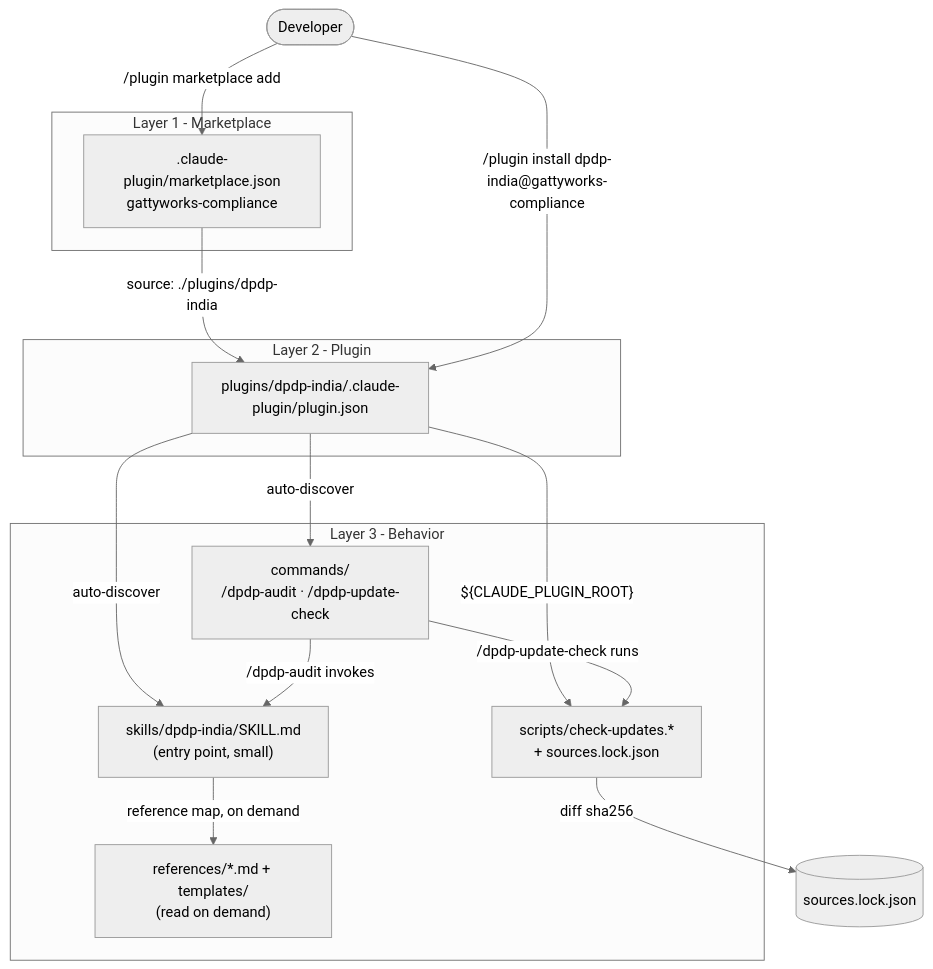
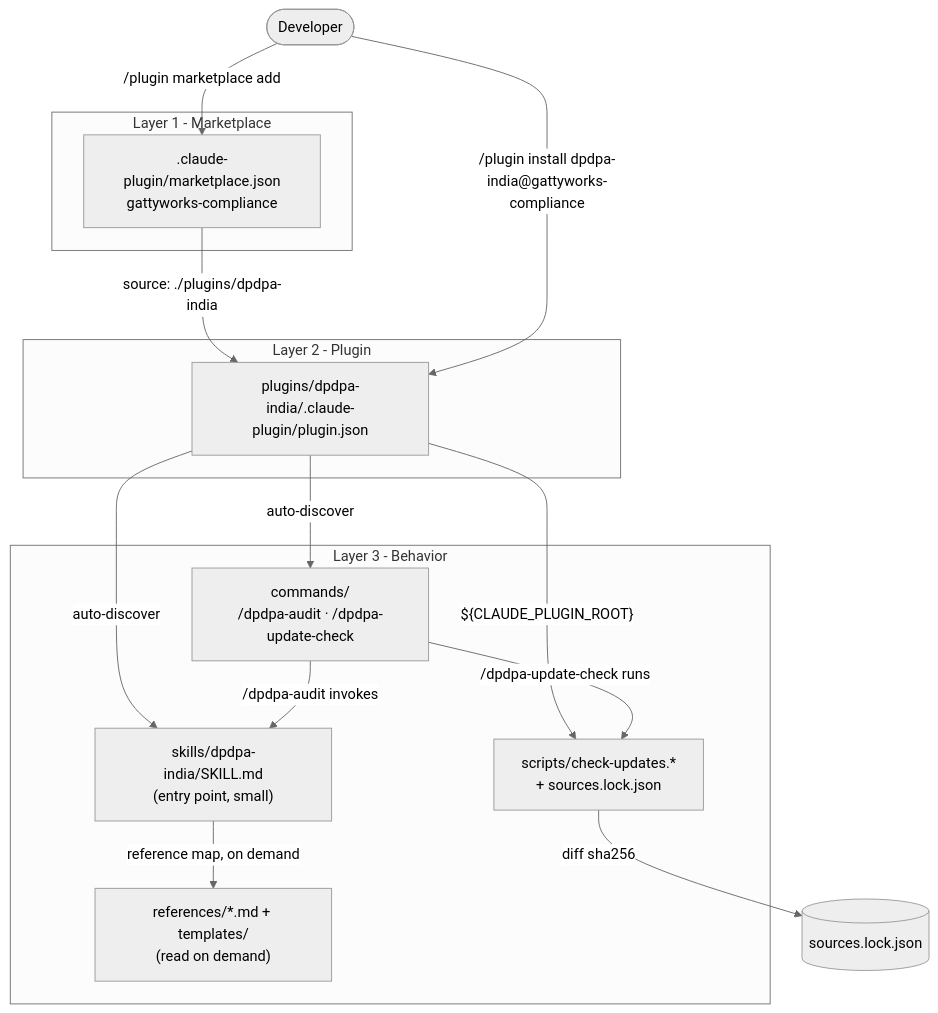
One commit to gattyworks/india-dpdpa-skill changed the diagram in docs/architecture.md. Above: the diagram before and after it, drawn with Mermaid (neutral theme). The commit also changed other lines of this file and 55 other files, not shown here.

First line of the commit message:
feat: rebrand to DPDPA, rename to india-dpdpa-skill, add audit report contract

````diff
--- a/docs/architecture.md
+++ b/docs/architecture.md
@@ -125,27 +125,27 @@
 ```mermaid
 flowchart TD
     subgraph L1["Layer 1 - Marketplace"]
         MP[".claude-plugin/marketplace.json<br/>gattyworks-compliance"]
     end
     subgraph L2["Layer 2 - Plugin"]
-        PJ["plugins/dpdp-india/.claude-plugin/plugin.json"]
+        PJ["plugins/dpdpa-india/.claude-plugin/plugin.json"]
     end
     subgraph L3["Layer 3 - Behavior"]
-        CMD["commands/<br/>/dpdp-audit · /dpdp-update-check"]
-        SK["skills/dpdp-india/SKILL.md<br/>(entry point, small)"]
+        CMD["commands/<br/>/dpdpa-audit · /dpdpa-update-check"]
+        SK["skills/dpdpa-india/SKILL.md<br/>(entry point, small)"]
         REF["references/*.md + templates/<br/>(read on demand)"]
         SCR["scripts/check-updates.*<br/>+ sources.lock.json"]
     end
 
     User(["Developer"]) -->|"/plugin marketplace add"| MP
-    MP -->|"source: ./plugins/dpdp-india"| PJ
-    User -->|"/plugin install dpdp-india@gattyworks-compliance"| PJ
+    MP -->|"source: ./plugins/dpdpa-india"| PJ
+    User -->|"/plugin install dpdpa-india@gattyworks-compliance"| PJ
     PJ -->|auto-discover| CMD
     PJ -->|auto-discover| SK
     PJ -->|"${CLAUDE_PLUGIN_ROOT}"| SCR
 
-    CMD -->|"/dpdp-audit invokes"| SK
-    CMD -->|"/dpdp-update-check runs"| SCR
+    CMD -->|"/dpdpa-audit invokes"| SK
+    CMD -->|"/dpdpa-update-check runs"| SCR
     SK -->|reference map, on demand| REF
     SCR -->|diff sha256| LOCK[("sources.lock.json")]
 ```
````
